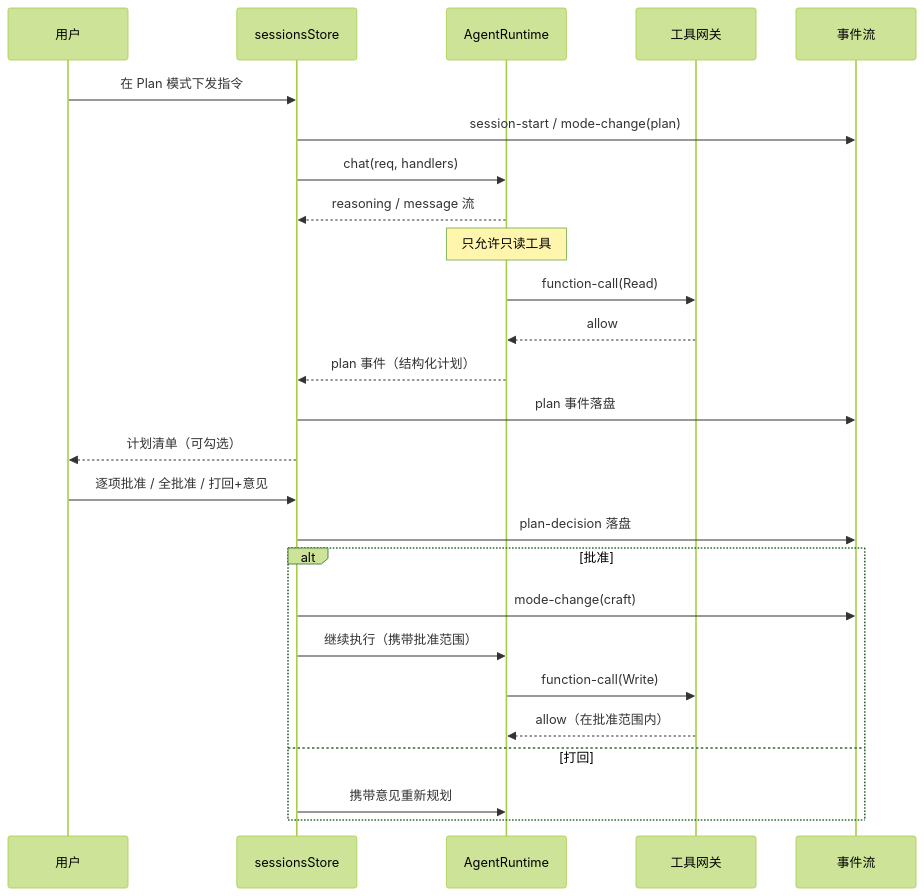
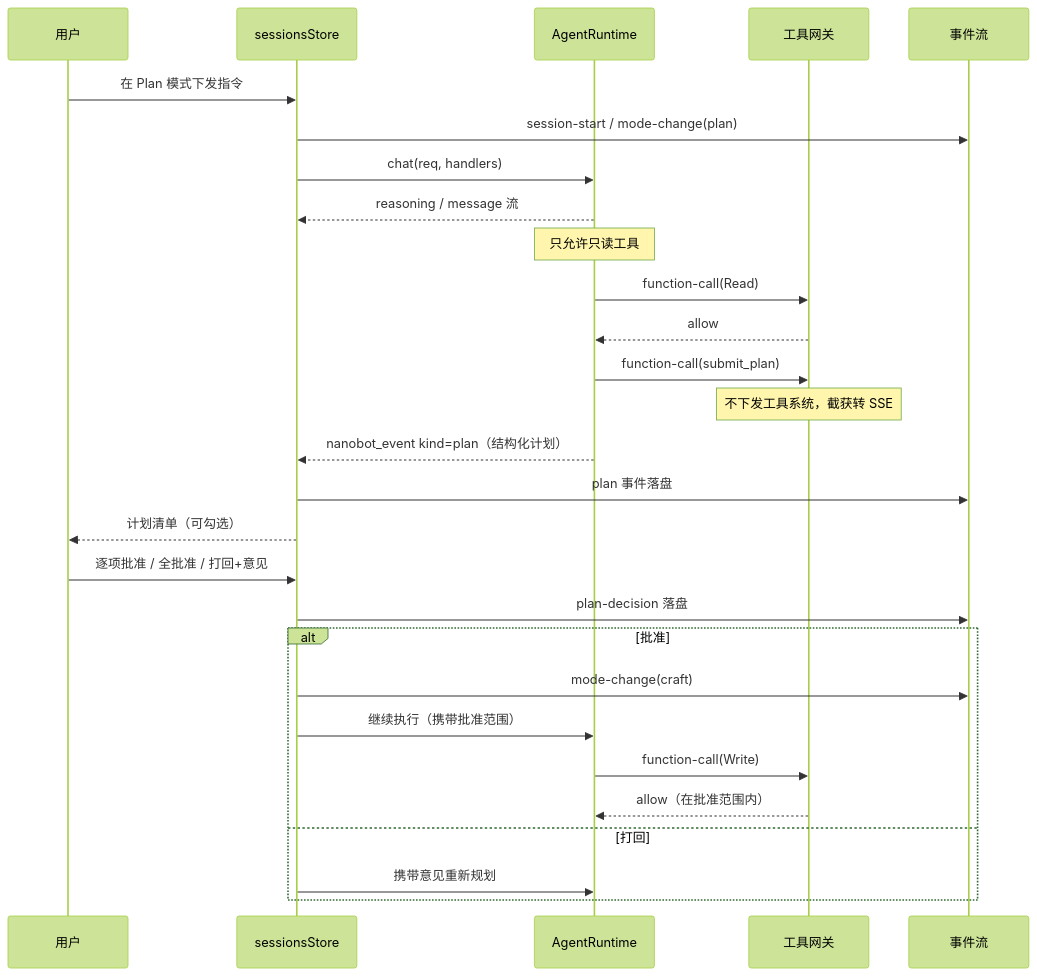
The second of 3 diagrams in docs/nanowork-prd-design-v2.md (bwshark/NanoWork), drawn with Mermaid (forest theme) before and after one commit. The commit also changed other lines of this file and 48 other files, not shown here.

````diff
--- a/docs/nanowork-prd-design-v2.md
+++ b/docs/nanowork-prd-design-v2.md
@@ -951,29 +1147,31 @@
 ```mermaid
 sequenceDiagram
   participant U as 用户
   participant S as sessionsStore
   participant R as AgentRuntime
   participant G as 工具网关
   participant E as 事件流
 
   U->>S: 在 Plan 模式下发指令
   S->>E: session-start / mode-change(plan)
   S->>R: chat(req, handlers)
   R-->>S: reasoning / message 流
   Note over R: 只允许只读工具
   R->>G: function-call(Read)
   G-->>R: allow
-  R-->>S: plan 事件（结构化计划）
+  R->>G: function-call(submit_plan)
+  Note over G: 不下发工具系统，截获转 SSE
+  R-->>S: nanobot_event kind=plan（结构化计划）
   S->>E: plan 事件落盘
   S-->>U: 计划清单（可勾选）
   U->>S: 逐项批准 / 全批准 / 打回+意见
   S->>E: plan-decision 落盘
   alt 批准
     S->>E: mode-change(craft)
     S->>R: 继续执行（携带批准范围）
     R->>G: function-call(Write)
     G-->>R: allow（在批准范围内）
   else 打回
     S->>R: 携带意见重新规划
   end
 ```
````
